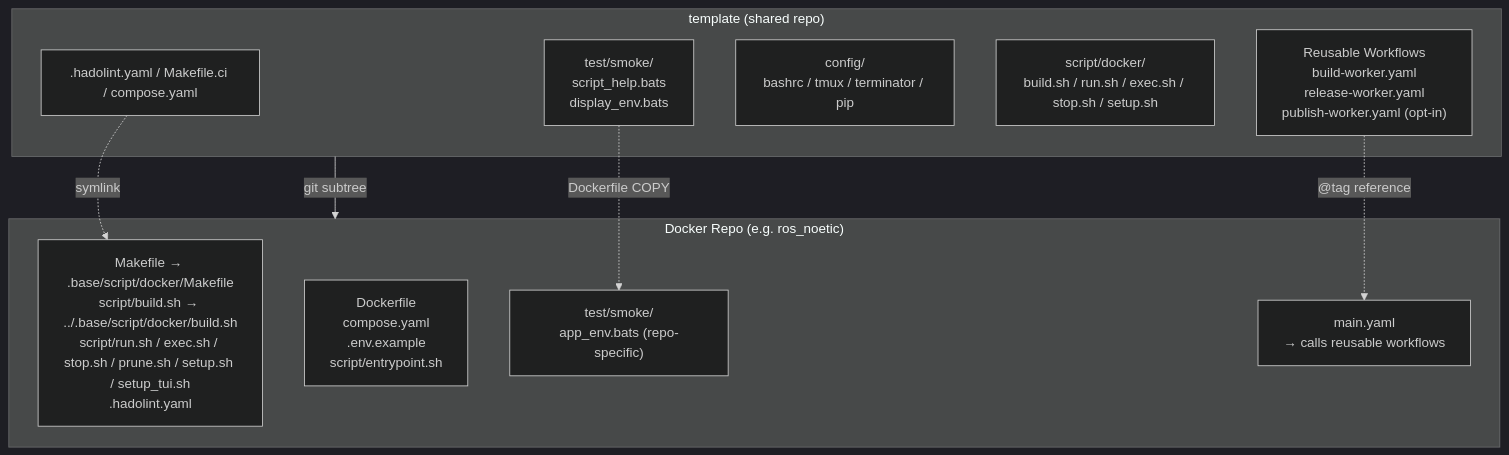
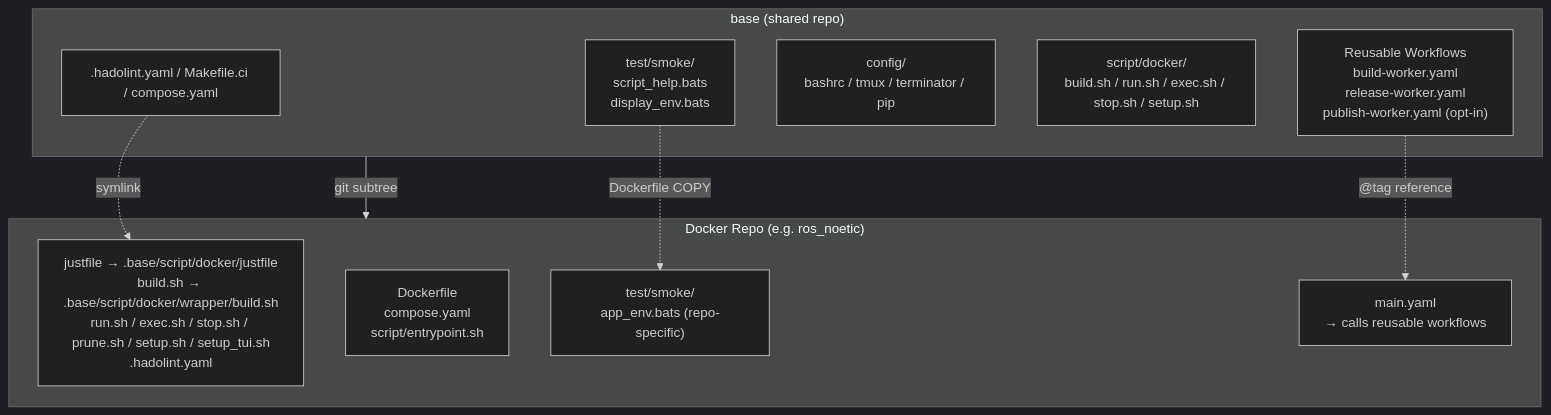
Before and after one commit to ycpss91255-docker/isaac: the first of 2 diagrams in .base/README.md, drawn with Mermaid (dark theme). The commit also changed other lines of this file and 69 other files, not shown here.

First line of the commit message:
chore(base): upgrade .base subtree v0.40.0 -> v0.41.0 (make->just, runtime.env retired) (#124)

````diff
--- a/.base/README.md
+++ b/.base/README.md
@@ -56,22 +56,22 @@
 ```mermaid
 graph TB
-    subgraph template["template (shared repo)"]
+    subgraph base["base (shared repo)"]
         scripts[".hadolint.yaml / Makefile.ci / compose.yaml"]
         smoke["test/smoke/<br/>script_help.bats<br/>display_env.bats"]
         config["config/<br/>bashrc / tmux / terminator / pip"]
         mgmt["script/docker/<br/>build.sh / run.sh / exec.sh / stop.sh / setup.sh"]
         workflows["Reusable Workflows<br/>build-worker.yaml<br/>release-worker.yaml<br/>publish-worker.yaml (opt-in)"]
     end
 
     subgraph consumer["Docker Repo (e.g. ros_noetic)"]
-        symlinks["Makefile → .base/script/docker/Makefile<br/>script/build.sh → ../.base/script/docker/build.sh<br/>script/run.sh / exec.sh / stop.sh / prune.sh / setup.sh / setup_tui.sh<br/>.hadolint.yaml"]
-        dockerfile["Dockerfile<br/>compose.yaml<br/>.env.example<br/>script/entrypoint.sh"]
+        symlinks["justfile → .base/script/docker/justfile<br/>build.sh → .base/script/docker/wrapper/build.sh<br/>run.sh / exec.sh / stop.sh / prune.sh / setup.sh / setup_tui.sh<br/>.hadolint.yaml"]
+        dockerfile["Dockerfile<br/>compose.yaml<br/>script/entrypoint.sh"]
         repo_test["test/smoke/<br/>app_env.bats (repo-specific)"]
         main_yaml["main.yaml<br/>→ calls reusable workflows"]
     end
 
-    template -- "git subtree" --> consumer
+    base -- "git subtree" --> consumer
     scripts -. symlink .-> symlinks
     smoke -. "Dockerfile COPY" .-> repo_test
     workflows -. "@tag reference" .-> main_yaml
 ```
````
